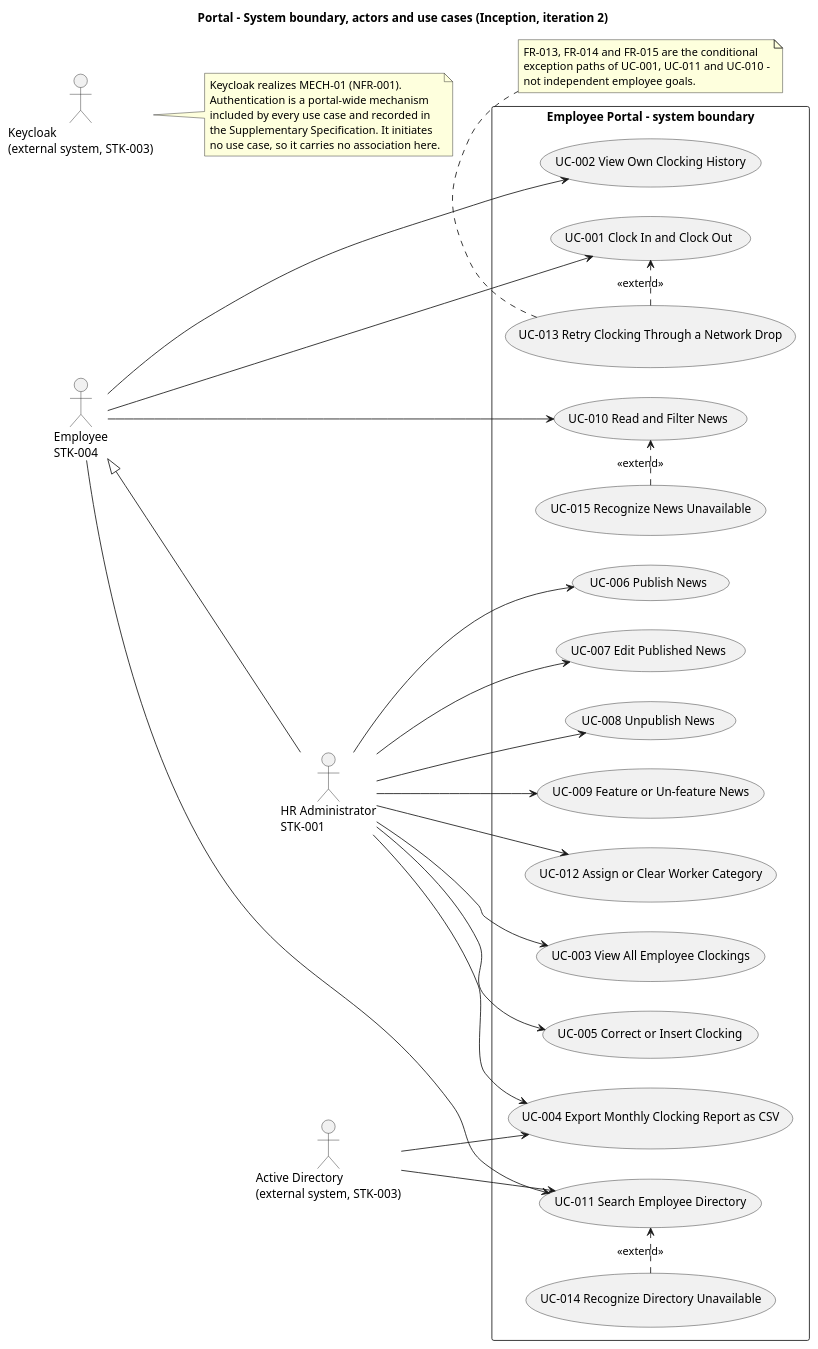
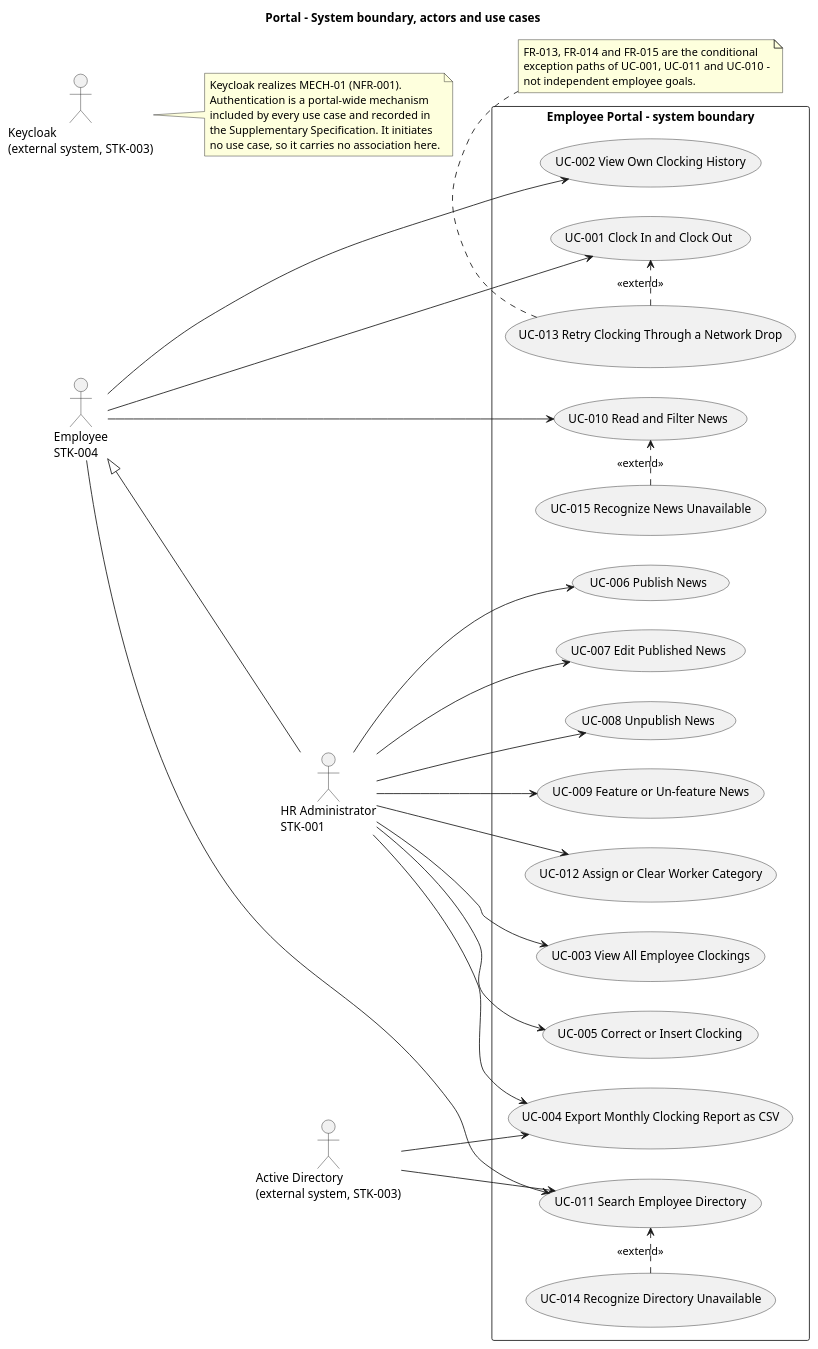
Before and after one commit to banense-test/portal: the first of 6 diagrams in docs/artifacts/requirements/use-case-model.md, drawn with PlantUML. The commit also changed other lines of this file, not shown here.

Commit message:
System Analyst [I3]: upsert Use-Case Model
[skip ci]

````diff
--- a/docs/artifacts/requirements/use-case-model.md
+++ b/docs/artifacts/requirements/use-case-model.md
@@ -10,66 +10,66 @@
 ```plantuml
 @startuml
-title Portal - System boundary, actors and use cases (Inception, iteration 2)
+title Portal - System boundary, actors and use cases
 
 left to right direction
 
 actor "Employee\nSTK-004" as EMP
 actor "HR Administrator\nSTK-001" as HR
 actor "Active Directory\n(external system, STK-003)" as AD
 actor "Keycloak\n(external system, STK-003)" as KC
 
 EMP <|-- HR
 
 rectangle "Employee Portal - system boundary" {
   usecase "UC-001 Clock In and Clock Out" as UC001
   usecase "UC-002 View Own Clocking History" as UC002
   usecase "UC-003 View All Employee Clockings" as UC003
   usecase "UC-004 Export Monthly Clocking Report as CSV" as UC004
   usecase "UC-005 Correct or Insert Clocking" as UC005
   usecase "UC-006 Publish News" as UC006
   usecase "UC-007 Edit Published News" as UC007
   usecase "UC-008 Unpublish News" as UC008
   usecase "UC-009 Feature or Un-feature News" as UC009
   usecase "UC-010 Read and Filter News" as UC010
   usecase "UC-011 Search Employee Directory" as UC011
   usecase "UC-012 Assign or Clear Worker Category" as UC012
   usecase "UC-013 Retry Clocking Through a Network Drop" as UC013
   usecase "UC-014 Recognize Directory Unavailable" as UC014
   usecase "UC-015 Recognize News Unavailable" as UC015
 }
 
 EMP --> UC001
 EMP --> UC002
 EMP --> UC010
 EMP --> UC011
 HR --> UC003
 HR --> UC004
 HR --> UC005
 HR --> UC006
 HR --> UC007
 HR --> UC008
 HR --> UC009
 HR --> UC012
 
 UC013 .> UC001 : <<extend>>
 UC014 .> UC011 : <<extend>>
 UC015 .> UC010 : <<extend>>
 
 AD --> UC011
 AD --> UC004
 
 note right of KC
   Keycloak realizes MECH-01 (NFR-001).
   Authentication is a portal-wide mechanism
   included by every use case and recorded in
   the Supplementary Specification. It initiates
   no use case, so it carries no association here.
 end note
 
 note bottom of UC013
   FR-013, FR-014 and FR-015 are the conditional
   exception paths of UC-001, UC-011 and UC-010 -
   not independent employee goals.
 end note
 @enduml
 ```
````
